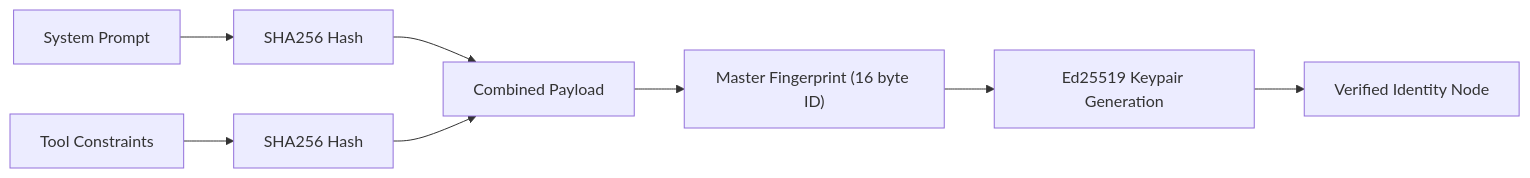
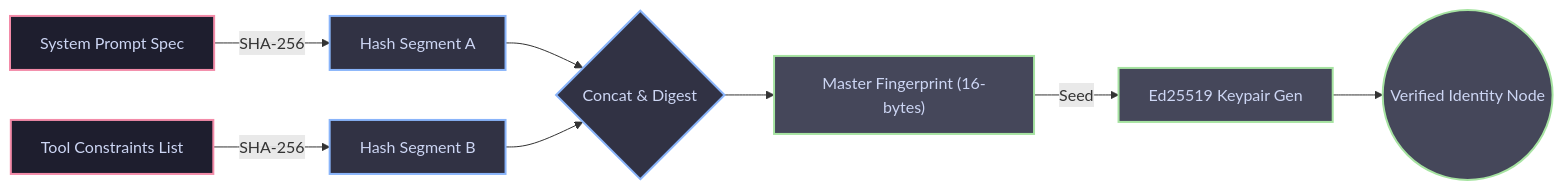
Before and after one commit to MrDecryptDecipher/Agent-Trust: the third of 30 diagrams in README.md, drawn with Mermaid. The commit also changed other lines of this file, not shown here.

Commit message:
Fix rendering format for 30 Mermaid diagrams to strictly use basic edge and block formatting for complete compatiblity

````diff
--- a/README.md
+++ b/README.md
@@ -57,10 +81,14 @@
 ```mermaid
 graph LR
-    P["System Prompt"] --> X["SHA256 Hash"]
-    T["Tool Constraints"] --> Y["SHA256 Hash"]
-    X --> Z["Combined Payload"]
+    classDef in fill:#1e1e2e,stroke:#f38ba8,stroke-width:2px,color:#cdd6f4;
+    classDef hash fill:#313244,stroke:#89b4fa,stroke-width:2px,color:#cdd6f4;
+    classDef out fill:#45475a,stroke:#a6e3a1,stroke-width:2px,color:#cdd6f4;
+
+    P["System Prompt Spec"]:::in -->|SHA-256| X["Hash Segment A"]:::hash
+    T["Tool Constraints List"]:::in -->|SHA-256| Y["Hash Segment B"]:::hash
+    X --> Z{"Concat & Digest"}:::hash
     Y --> Z
-    Z --> I["Master Fingerprint (16 byte ID)"]
-    I --> K["Ed25519 Keypair Generation"]
-    K --> O["Verified Identity Node"]
+    Z --> I["Master Fingerprint (16-bytes)"]:::out
+    I -- "Seed" --> K["Ed25519 Keypair Gen"]:::out
+    K --> O(("Verified Identity Node")):::out
 ```
````
